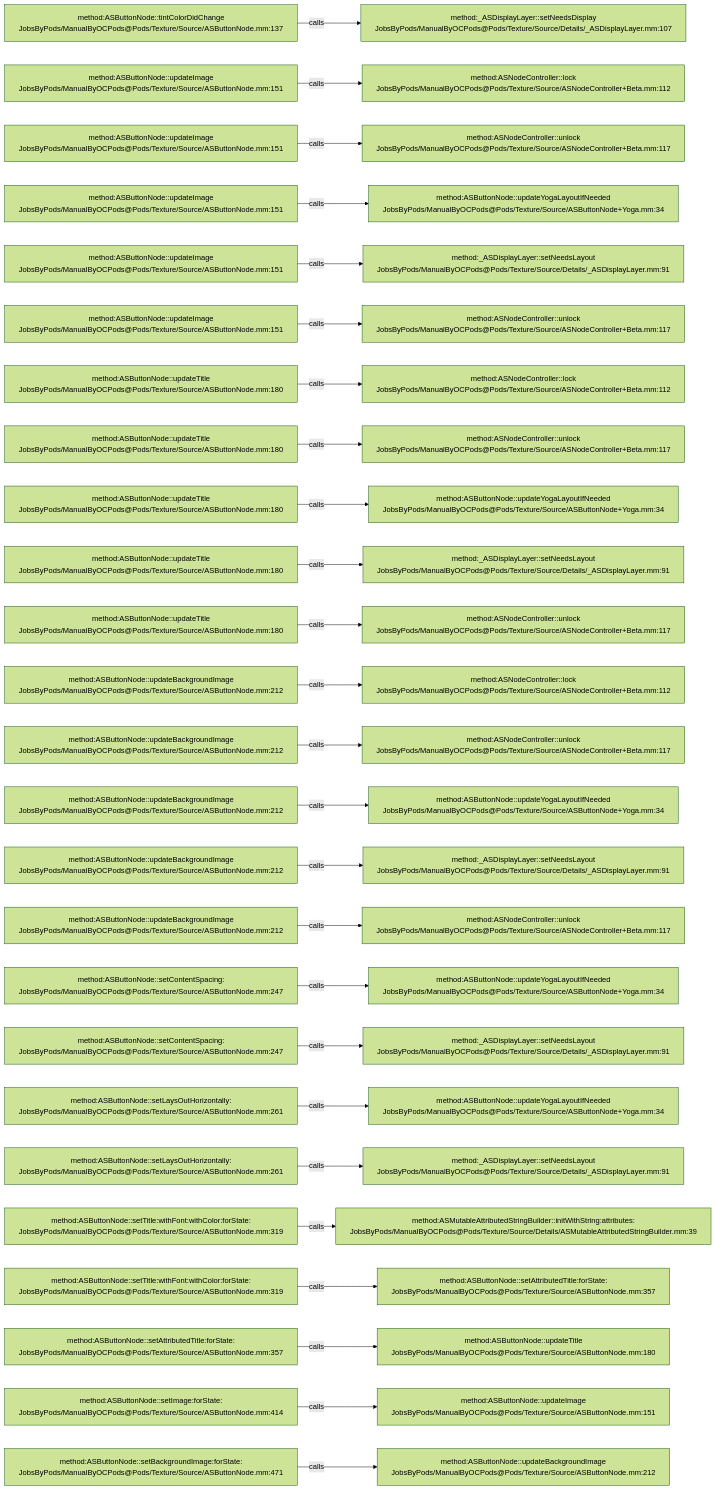
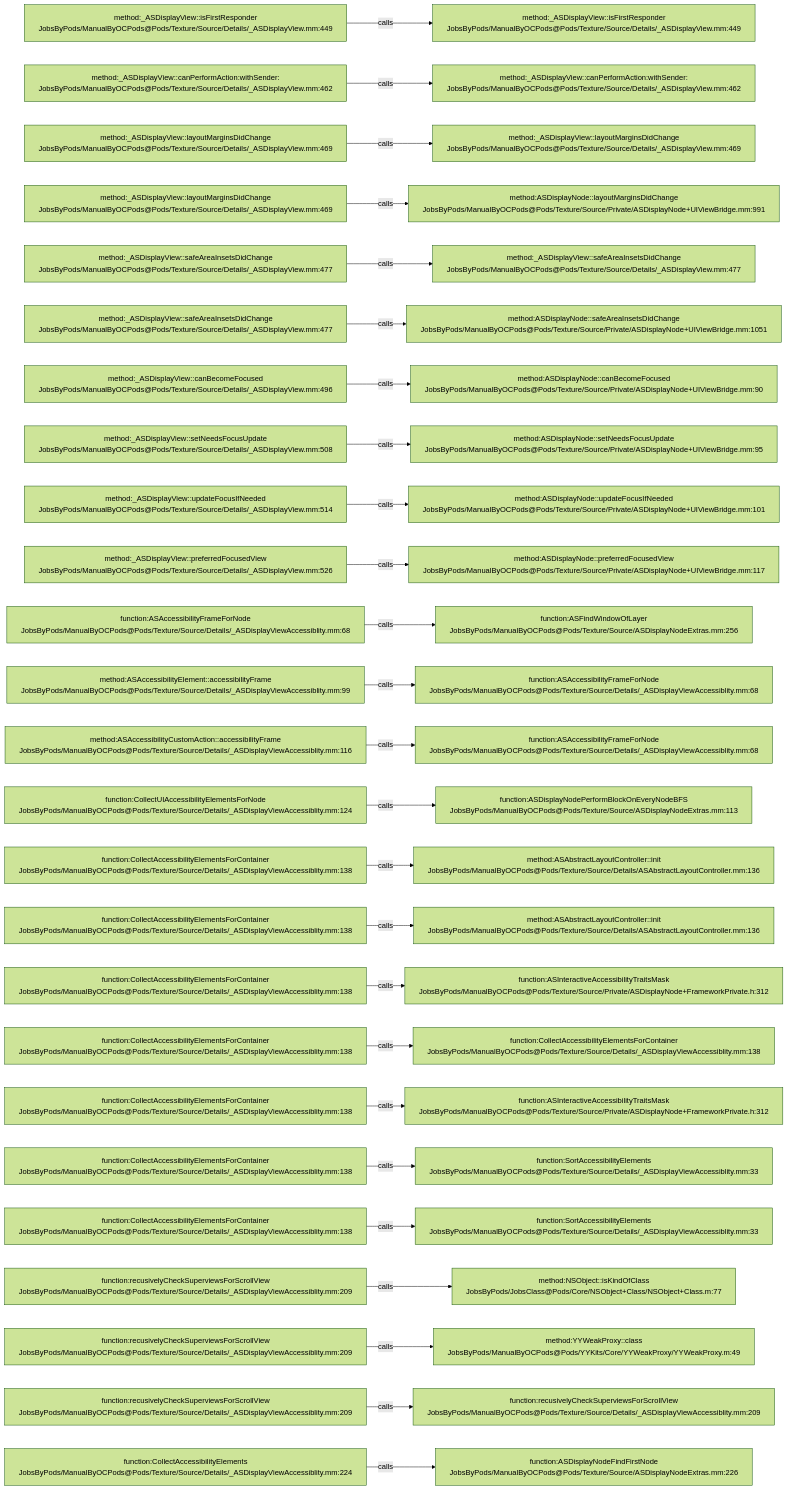
The diagram in .codegraph/codegraph.md/graphs/calls-181.md (JobsKits/JobsOCBaseConfigDemo), drawn with Mermaid (forest theme) before and after one commit. The commit also changed 2162 other files, not shown here.

````diff
--- a/.codegraph/codegraph.md/graphs/calls-181.md
+++ b/.codegraph/codegraph.md/graphs/calls-181.md
@@ -13,78 +13,78 @@
 ```mermaid
 flowchart LR
-  S1["method:ASButtonNode::tintColorDidChange<br/>JobsByPods/ManualByOCPods@Pods/Texture/Source/ASButtonNode.mm:137"]
-  T1["method:_ASDisplayLayer::setNeedsDisplay<br/>JobsByPods/ManualByOCPods@Pods/Texture/Source/Details/_ASDisplayLayer.mm:107"]
+  S1["method:_ASDisplayView::isFirstResponder<br/>JobsByPods/ManualByOCPods@Pods/Texture/Source/Details/_ASDisplayView.mm:449"]
+  T1["method:_ASDisplayView::isFirstResponder<br/>JobsByPods/ManualByOCPods@Pods/Texture/Source/Details/_ASDisplayView.mm:449"]
   S1 -->|calls| T1
-  S2["method:ASButtonNode::updateImage<br/>JobsByPods/ManualByOCPods@Pods/Texture/Source/ASButtonNode.mm:151"]
-  T2["method:ASNodeController::lock<br/>JobsByPods/ManualByOCPods@Pods/Texture/Source/ASNodeController+Beta.mm:112"]
+  S2["method:_ASDisplayView::canPerformAction:withSender:<br/>JobsByPods/ManualByOCPods@Pods/Texture/Source/Details/_ASDisplayView.mm:462"]
+  T2["method:_ASDisplayView::canPerformAction:withSender:<br/>JobsByPods/ManualByOCPods@Pods/Texture/Source/Details/_ASDisplayView.mm:462"]
   S2 -->|calls| T2
-  S3["method:ASButtonNode::updateImage<br/>JobsByPods/ManualByOCPods@Pods/Texture/Source/ASButtonNode.mm:151"]
-  T3["method:ASNodeController::unlock<br/>JobsByPods/ManualByOCPods@Pods/Texture/Source/ASNodeController+Beta.mm:117"]
+  S3["method:_ASDisplayView::layoutMarginsDidChange<br/>JobsByPods/ManualByOCPods@Pods/Texture/Source/Details/_ASDisplayView.mm:469"]
+  T3["method:_ASDisplayView::layoutMarginsDidChange<br/>JobsByPods/ManualByOCPods@Pods/Texture/Source/Details/_ASDisplayView.mm:469"]
   S3 -->|calls| T3
-  S4["method:ASButtonNode::updateImage<br/>JobsByPods/ManualByOCPods@Pods/Texture/Source/ASButtonNode.mm:151"]
-  T4["method:ASButtonNode::updateYogaLayoutIfNeeded<br/>JobsByPods/ManualByOCPods@Pods/Texture/Source/ASButtonNode+Yoga.mm:34"]
+  S4["method:_ASDisplayView::layoutMarginsDidChange<br/>JobsByPods/ManualByOCPods@Pods/Texture/Source/Details/_ASDisplayView.mm:469"]
+  T4["method:ASDisplayNode::layoutMarginsDidChange<br/>JobsByPods/ManualByOCPods@Pods/Texture/Source/Private/ASDisplayNode+UIViewBridge.mm:991"]
   S4 -->|calls| T4
-  S5["method:ASButtonNode::updateImage<br/>JobsByPods/ManualByOCPods@Pods/Texture/Source/ASButtonNode.mm:151"]
-  T5["method:_ASDisplayLayer::setNeedsLayout<br/>JobsByPods/ManualByOCPods@Pods/Texture/Source/Details/_ASDisplayLayer.mm:91"]
+  S5["method:_ASDisplayView::safeAreaInsetsDidChange<br/>JobsByPods/ManualByOCPods@Pods/Texture/Source/Details/_ASDisplayView.mm:477"]
+  T5["method:_ASDisplayView::safeAreaInsetsDidChange<br/>JobsByPods/ManualByOCPods@Pods/Texture/Source/Details/_ASDisplayView.mm:477"]
   S5 -->|calls| T5
-  S6["method:ASButtonNode::updateImage<br/>JobsByPods/ManualByOCPods@Pods/Texture/Source/ASButtonNode.mm:151"]
-  T6["method:ASNodeController::unlock<br/>JobsByPods/ManualByOCPods@Pods/Texture/Source/ASNodeController+Beta.mm:117"]
+  S6["method:_ASDisplayView::safeAreaInsetsDidChange<br/>JobsByPods/ManualByOCPods@Pods/Texture/Source/Details/_ASDisplayView.mm:477"]
+  T6["method:ASDisplayNode::safeAreaInsetsDidChange<br/>JobsByPods/ManualByOCPods@Pods/Texture/Source/Private/ASDisplayNode+UIViewBridge.mm:1051"]
   S6 -->|calls| T6
-  S7["method:ASButtonNode::updateTitle<br/>JobsByPods/ManualByOCPods@Pods/Texture/Source/ASButtonNode.mm:180"]
-  T7["method:ASNodeController::lock<br/>JobsByPods/ManualByOCPods@Pods/Texture/Source/ASNodeController+Beta.mm:112"]
+  S7["method:_ASDisplayView::canBecomeFocused<br/>JobsByPods/ManualByOCPods@Pods/Texture/Source/Details/_ASDisplayView.mm:496"]
+  T7["method:ASDisplayNode::canBecomeFocused<br/>JobsByPods/ManualByOCPods@Pods/Texture/Source/Private/ASDisplayNode+UIViewBridge.mm:90"]
   S7 -->|calls| T7
-  S8["method:ASButtonNode::updateTitle<br/>JobsByPods/ManualByOCPods@Pods/Texture/Source/ASButtonNode.mm:180"]
-  T8["method:ASNodeController::unlock<br/>JobsByPods/ManualByOCPods@Pods/Texture/Source/ASNodeController+Beta.mm:117"]
+  S8["method:_ASDisplayView::setNeedsFocusUpdate<br/>JobsByPods/ManualByOCPods@Pods/Texture/Source/Details/_ASDisplayView.mm:508"]
+  T8["method:ASDisplayNode::setNeedsFocusUpdate<br/>JobsByPods/ManualByOCPods@Pods/Texture/Source/Private/ASDisplayNode+UIViewBridge.mm:95"]
   S8 -->|calls| T8
-  S9["method:ASButtonNode::updateTitle<br/>JobsByPods/ManualByOCPods@Pods/Texture/Source/ASButtonNode.mm:180"]
-  T9["method:ASButtonNode::updateYogaLayoutIfNeeded<br/>JobsByPods/ManualByOCPods@Pods/Texture/Source/ASButtonNode+Yoga.mm:34"]
+  S9["method:_ASDisplayView::updateFocusIfNeeded<br/>JobsByPods/ManualByOCPods@Pods/Texture/Source/Details/_ASDisplayView.mm:514"]
+  T9["method:ASDisplayNode::updateFocusIfNeeded<br/>JobsByPods/ManualByOCPods@Pods/Texture/Source/Private/ASDisplayNode+UIViewBridge.mm:101"]
   S9 -->|calls| T9
-  S10["method:ASButtonNode::updateTitle<br/>JobsByPods/ManualByOCPods@Pods/Texture/Source/ASButtonNode.mm:180"]
-  T10["method:_ASDisplayLayer::setNeedsLayout<br/>JobsByPods/ManualByOCPods@Pods/Texture/Source/Details/_ASDisplayLayer.mm:91"]
+  S10["method:_ASDisplayView::preferredFocusedView<br/>JobsByPods/ManualByOCPods@Pods/Texture/Source/Details/_ASDisplayView.mm:526"]
+  T10["method:ASDisplayNode::preferredFocusedView<br/>JobsByPods/ManualByOCPods@Pods/Texture/Source/Private/ASDisplayNode+UIViewBridge.mm:117"]
   S10 -->|calls| T10
-  S11["method:ASButtonNode::updateTitle<br/>JobsByPods/ManualByOCPods@Pods/Texture/Source/ASButtonNode.mm:180"]
-  T11["method:ASNodeController::unlock<br/>JobsByPods/ManualByOCPods@Pods/Texture/Source/ASNodeController+Beta.mm:117"]
+  S11["function:ASAccessibilityFrameForNode<br/>JobsByPods/ManualByOCPods@Pods/Texture/Source/Details/_ASDisplayViewAccessiblity.mm:68"]
+  T11["function:ASFindWindowOfLayer<br/>JobsByPods/ManualByOCPods@Pods/Texture/Source/ASDisplayNodeExtras.mm:256"]
   S11 -->|calls| T11
-  S12["method:ASButtonNode::updateBackgroundImage<br/>JobsByPods/ManualByOCPods@Pods/Texture/Source/ASButtonNode.mm:212"]
-  T12["method:ASNodeController::lock<br/>JobsByPods/ManualByOCPods@Pods/Texture/Source/ASNodeController+Beta.mm:112"]
+  S12["method:ASAccessibilityElement::accessibilityFrame<br/>JobsByPods/ManualByOCPods@Pods/Texture/Source/Details/_ASDisplayViewAccessiblity.mm:99"]
+  T12["function:ASAccessibilityFrameForNode<br/>JobsByPods/ManualByOCPods@Pods/Texture/Source/Details/_ASDisplayViewAccessiblity.mm:68"]
   S12 -->|calls| T12
-  S13["method:ASButtonNode::updateBackgroundImage<br/>JobsByPods/ManualByOCPods@Pods/Texture/Source/ASButtonNode.mm:212"]
-  T13["method:ASNodeController::unlock<br/>JobsByPods/ManualByOCPods@Pods/Texture/Source/ASNodeController+Beta.mm:117"]
+  S13["method:ASAccessibilityCustomAction::accessibilityFrame<br/>JobsByPods/ManualByOCPods@Pods/Texture/Source/Details/_ASDisplayViewAccessiblity.mm:116"]
+  T13["function:ASAccessibilityFrameForNode<br/>JobsByPods/ManualByOCPods@Pods/Texture/Source/Details/_ASDisplayViewAccessiblity.mm:68"]
   S13 -->|calls| T13
-  S14["method:ASButtonNode::updateBackgroundImage<br/>JobsByPods/ManualByOCPods@Pods/Texture/Source/ASButtonNode.mm:212"]
-  T14["method:ASButtonNode::updateYogaLayoutIfNeeded<br/>JobsByPods/ManualByOCPods@Pods/Texture/Source/ASButtonNode+Yoga.mm:34"]
+  S14["function:CollectUIAccessibilityElementsForNode<br/>JobsByPods/ManualByOCPods@Pods/Texture/Source/Details/_ASDisplayViewAccessiblity.mm:124"]
+  T14["function:ASDisplayNodePerformBlockOnEveryNodeBFS<br/>JobsByPods/ManualByOCPods@Pods/Texture/Source/ASDisplayNodeExtras.mm:113"]
   S14 -->|calls| T14
-  S15["method:ASButtonNode::updateBackgroundImage<br/>JobsByPods/ManualByOCPods@Pods/Texture/Source/ASButtonNode.mm:212"]
-  T15["method:_ASDisplayLayer::setNeedsLayout<br/>JobsByPods/ManualByOCPods@Pods/Texture/Source/Details/_ASDisplayLayer.mm:91"]
+  S15["function:CollectAccessibilityElementsForContainer<br/>JobsByPods/ManualByOCPods@Pods/Texture/Source/Details/_ASDisplayViewAccessiblity.mm:138"]
+  T15["method:ASAbstractLayoutController::init<br/>JobsByPods/ManualByOCPods@Pods/Texture/Source/Details/ASAbstractLayoutController.mm:136"]
   S15 -->|calls| T15
-  S16["method:ASButtonNode::updateBackgroundImage<br/>JobsByPods/ManualByOCPods@Pods/Texture/Source/ASButtonNode.mm:212"]
-  T16["method:ASNodeController::unlock<br/>JobsByPods/ManualByOCPods@Pods/Texture/Source/ASNodeController+Beta.mm:117"]
+  S16["function:CollectAccessibilityElementsForContainer<br/>JobsByPods/ManualByOCPods@Pods/Texture/Source/Details/_ASDisplayViewAccessiblity.mm:138"]
+  T16["method:ASAbstractLayoutController::init<br/>JobsByPods/ManualByOCPods@Pods/Texture/Source/Details/ASAbstractLayoutController.mm:136"]
   S16 -->|calls| T16
-  S17["method:ASButtonNode::setContentSpacing:<br/>JobsByPods/ManualByOCPods@Pods/Texture/Source/ASButtonNode.mm:247"]
-  T17["method:ASButtonNode::updateYogaLayoutIfNeeded<br/>JobsByPods/ManualByOCPods@Pods/Texture/Source/ASButtonNode+Yoga.mm:34"]
+  S17["function:CollectAccessibilityElementsForContainer<br/>JobsByPods/ManualByOCPods@Pods/Texture/Source/Details/_ASDisplayViewAccessiblity.mm:138"]
+  T17["function:ASInteractiveAccessibilityTraitsMask<br/>JobsByPods/ManualByOCPods@Pods/Texture/Source/Private/ASDisplayNode+FrameworkPrivate.h:312"]
   S17 -->|calls| T17
-  S18["method:ASButtonNode::setContentSpacing:<br/>JobsByPods/ManualByOCPods@Pods/Texture/Source/ASButtonNode.mm:247"]
-  T18["method:_ASDisplayLayer::setNeedsLayout<br/>JobsByPods/ManualByOCPods@Pods/Texture/Source/Details/_ASDisplayLayer.mm:91"]
+  S18["function:CollectAccessibilityElementsForContainer<br/>JobsByPods/ManualByOCPods@Pods/Texture/Source/Details/_ASDisplayViewAccessiblity.mm:138"]
+  T18["function:CollectAccessibilityElementsForContainer<br/>JobsByPods/ManualByOCPods@Pods/Texture/Source/Details/_ASDisplayViewAccessiblity.mm:138"]
   S18 -->|calls| T18
-  S19["method:ASButtonNode::setLaysOutHorizontally:<br/>JobsByPods/ManualByOCPods@Pods/Texture/Source/ASButtonNode.mm:261"]
-  T19["method:ASButtonNode::updateYogaLayoutIfNeeded<br/>JobsByPods/ManualByOCPods@Pods/Texture/Source/ASButtonNode+Yoga.mm:34"]
+  S19["function:CollectAccessibilityElementsForContainer<br/>JobsByPods/ManualByOCPods@Pods/Texture/Source/Details/_ASDisplayViewAccessiblity.mm:138"]
+  T19["function:ASInteractiveAccessibilityTraitsMask<br/>JobsByPods/ManualByOCPods@Pods/Texture/Source/Private/ASDisplayNode+FrameworkPrivate.h:312"]
   S19 -->|calls| T19
-  S20["method:ASButtonNode::setLaysOutHorizontally:<br/>JobsByPods/ManualByOCPods@Pods/Texture/Source/ASButtonNode.mm:261"]
-  T20["method:_ASDisplayLayer::setNeedsLayout<br/>JobsByPods/ManualByOCPods@Pods/Texture/Source/Details/_ASDisplayLayer.mm:91"]
+  S20["function:CollectAccessibilityElementsForContainer<br/>JobsByPods/ManualByOCPods@Pods/Texture/Source/Details/_ASDisplayViewAccessiblity.mm:138"]
+  T20["function:SortAccessibilityElements<br/>JobsByPods/ManualByOCPods@Pods/Texture/Source/Details/_ASDisplayViewAccessiblity.mm:33"]
   S20 -->|calls| T20
-  S21["method:ASButtonNode::setTitle:withFont:withColor:forState:<br/>JobsByPods/ManualByOCPods@Pods/Texture/Source/ASButtonNode.mm:319"]
-  T21["method:ASMutableAttributedStringBuilder::initWithString:attributes:<br/>JobsByPods/ManualByOCPods@Pods/Texture/Source/Details/ASMutableAttributedStringBuilder.mm:39"]
+  S21["function:CollectAccessibilityElementsForContainer<br/>JobsByPods/ManualByOCPods@Pods/Texture/Source/Details/_ASDisplayViewAccessiblity.mm:138"]
+  T21["function:SortAccessibilityElements<br/>JobsByPods/ManualByOCPods@Pods/Texture/Source/Details/_ASDisplayViewAccessiblity.mm:33"]
   S21 -->|calls| T21
-  S22["method:ASButtonNode::setTitle:withFont:withColor:forState:<br/>JobsByPods/ManualByOCPods@Pods/Texture/Source/ASButtonNode.mm:319"]
-  T22["method:ASButtonNode::setAttributedTitle:forState:<br/>JobsByPods/ManualByOCPods@Pods/Texture/Source/ASButtonNode.mm:357"]
+  S22["function:recusivelyCheckSuperviewsForScrollView<br/>JobsByPods/ManualByOCPods@Pods/Texture/Source/Details/_ASDisplayViewAccessiblity.mm:209"]
+  T22["method:NSObject::isKindOfClass<br/>JobsByPods/JobsClass@Pods/Core/NSObject+Class/NSObject+Class.m:77"]
   S22 -->|calls| T22
-  S23["method:ASButtonNode::setAttributedTitle:forState:<br/>JobsByPods/ManualByOCPods@Pods/Texture/Source/ASButtonNode.mm:357"]
-  T23["method:ASButtonNode::updateTitle<br/>JobsByPods/ManualByOCPods@Pods/Texture/Source/ASButtonNode.mm:180"]
+  S23["function:recusivelyCheckSuperviewsForScrollView<br/>JobsByPods/ManualByOCPods@Pods/Texture/Source/Details/_ASDisplayViewAccessiblity.mm:209"]
+  T23["method:YYWeakProxy::class<br/>JobsByPods/ManualByOCPods@Pods/YYKits/Core/YYWeakProxy/YYWeakProxy.m:49"]
   S23 -->|calls| T23
-  S24["method:ASButtonNode::setImage:forState:<br/>JobsByPods/ManualByOCPods@Pods/Texture/Source/ASButtonNode.mm:414"]
-  T24["method:ASButtonNode::updateImage<br/>JobsByPods/ManualByOCPods@Pods/Texture/Source/ASButtonNode.mm:151"]
+  S24["function:recusivelyCheckSuperviewsForScrollView<br/>JobsByPods/ManualByOCPods@Pods/Texture/Source/Details/_ASDisplayViewAccessiblity.mm:209"]
+  T24["function:recusivelyCheckSuperviewsForScrollView<br/>JobsByPods/ManualByOCPods@Pods/Texture/Source/Details/_ASDisplayViewAccessiblity.mm:209"]
   S24 -->|calls| T24
-  S25["method:ASButtonNode::setBackgroundImage:forState:<br/>JobsByPods/ManualByOCPods@Pods/Texture/Source/ASButtonNode.mm:471"]
-  T25["method:ASButtonNode::updateBackgroundImage<br/>JobsByPods/ManualByOCPods@Pods/Texture/Source/ASButtonNode.mm:212"]
+  S25["function:CollectAccessibilityElements<br/>JobsByPods/ManualByOCPods@Pods/Texture/Source/Details/_ASDisplayViewAccessiblity.mm:224"]
+  T25["function:ASDisplayNodeFindFirstNode<br/>JobsByPods/ManualByOCPods@Pods/Texture/Source/ASDisplayNodeExtras.mm:226"]
   S25 -->|calls| T25
 ```
````
